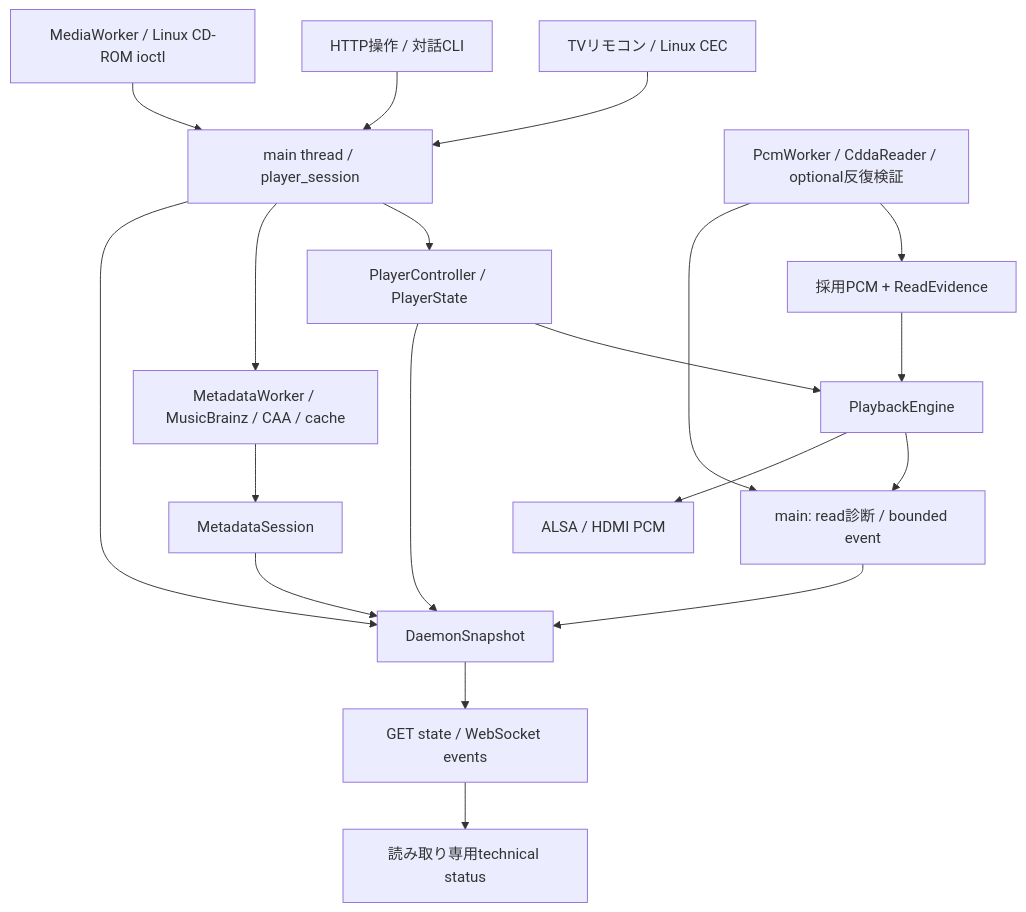
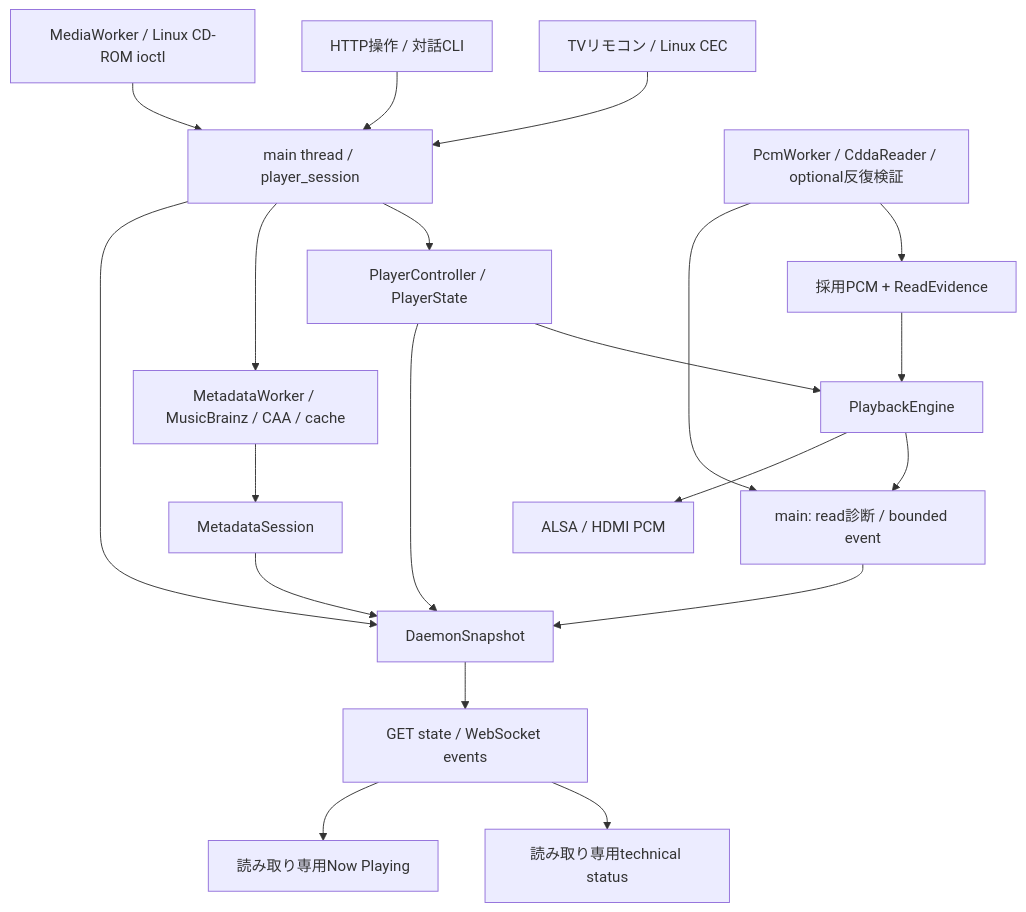
Before and after one commit to udonchan/picdplayer: the diagram in docs/design/basic-design.md, drawn with Mermaid. The commit also changed other lines of this file and 8 other files, not shown here.

````diff
--- a/docs/design/basic-design.md
+++ b/docs/design/basic-design.md
@@ -29,21 +29,22 @@
 ```mermaid
 flowchart TD
     CEC[TVリモコン / Linux CEC] --> Session[main thread / player_session]
     API[HTTP操作 / 対話CLI] --> Session
     Media[MediaWorker / Linux CD-ROM ioctl] --> Session
     Session --> Controller[PlayerController / PlayerState]
     Controller --> Engine[PlaybackEngine]
     Reader[PcmWorker / CddaReader / optional反復検証] --> Queue[採用PCM + ReadEvidence]
     Queue --> Engine
     Reader --> Evidence[main: read診断 / bounded event]
     Engine --> Evidence
     Engine --> ALSA[ALSA / HDMI PCM]
     Session --> Meta[MetadataWorker / MusicBrainz / CAA / cache]
     Meta --> MS[MetadataSession]
     Controller --> Snapshot[DaemonSnapshot]
     MS --> Snapshot
     Session --> Snapshot
     Evidence --> Snapshot
     Snapshot --> Events[GET state / WebSocket events]
     Events --> Technical[読み取り専用technical status]
+    Events --> NowPlaying[読み取り専用Now Playing]
 ```
````
